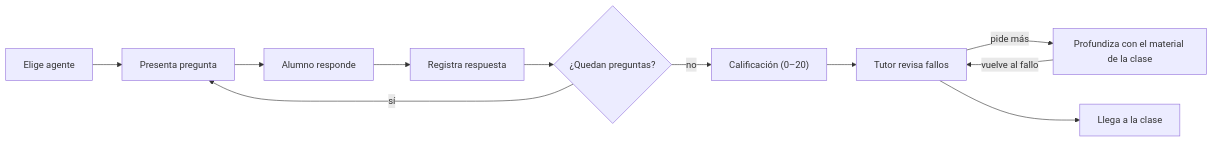
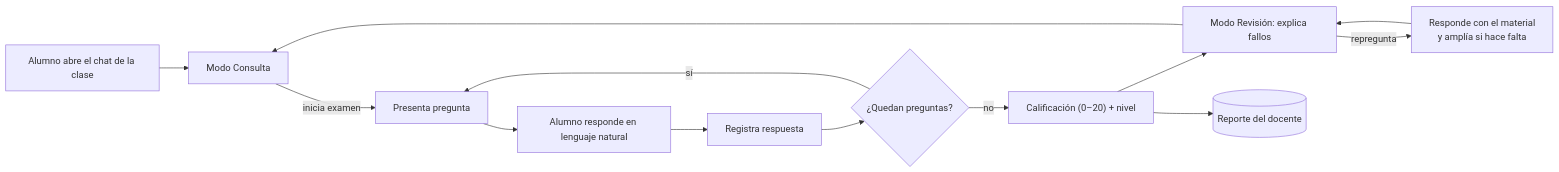
One commit to dreawm/IA_AGENT_FINANZAS changed the second of 3 diagrams in specs/SDD-Plataforma-Evaluacion-PreClase.md. Above: the diagram before and after it, drawn with Mermaid. The commit also changed other lines of this file and 112 other files, not shown here.

````diff
--- a/specs/SDD-Plataforma-Evaluacion-PreClase.md
+++ b/specs/SDD-Plataforma-Evaluacion-PreClase.md
@@ -180,13 +256,15 @@
 ```mermaid
 flowchart LR
-    A[Elige agente] --> B[Presenta pregunta]
-    B --> C[Alumno responde]
+    A[Alumno abre el chat de la clase] --> Z[Modo Consulta]
+    Z -- "inicia examen" --> B[Presenta pregunta]
+    B --> C[Alumno responde en lenguaje natural]
     C --> D[Registra respuesta]
     D --> E{¿Quedan preguntas?}
     E -- sí --> B
-    E -- no --> F["Calificación (0–20)"]
-    F --> G[Tutor revisa fallos]
-    G -- pide más --> H[Profundiza con el material de la clase]
-    H -- vuelve al fallo --> G
-    G --> I[Llega a la clase]
+    E -- no --> F["Calificación (0–20) + nivel"]
+    F --> G[Modo Revisión: explica fallos]
+    G -- "repregunta" --> H[Responde con el material<br/>y amplía si hace falta]
+    H --> G
+    G --> Z
+    F --> R[(Reporte del docente)]
 ```
````
